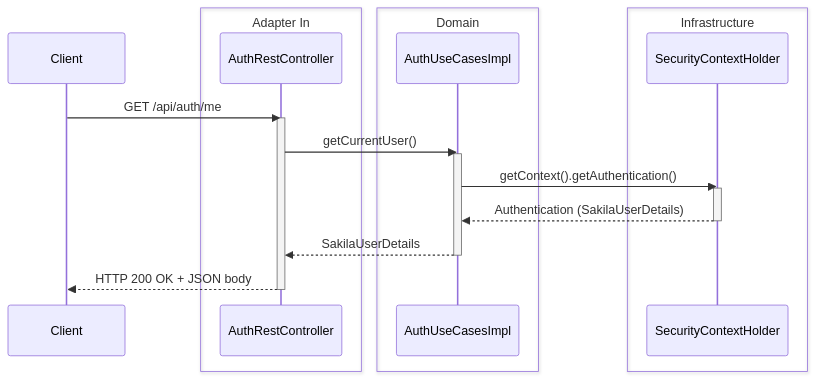
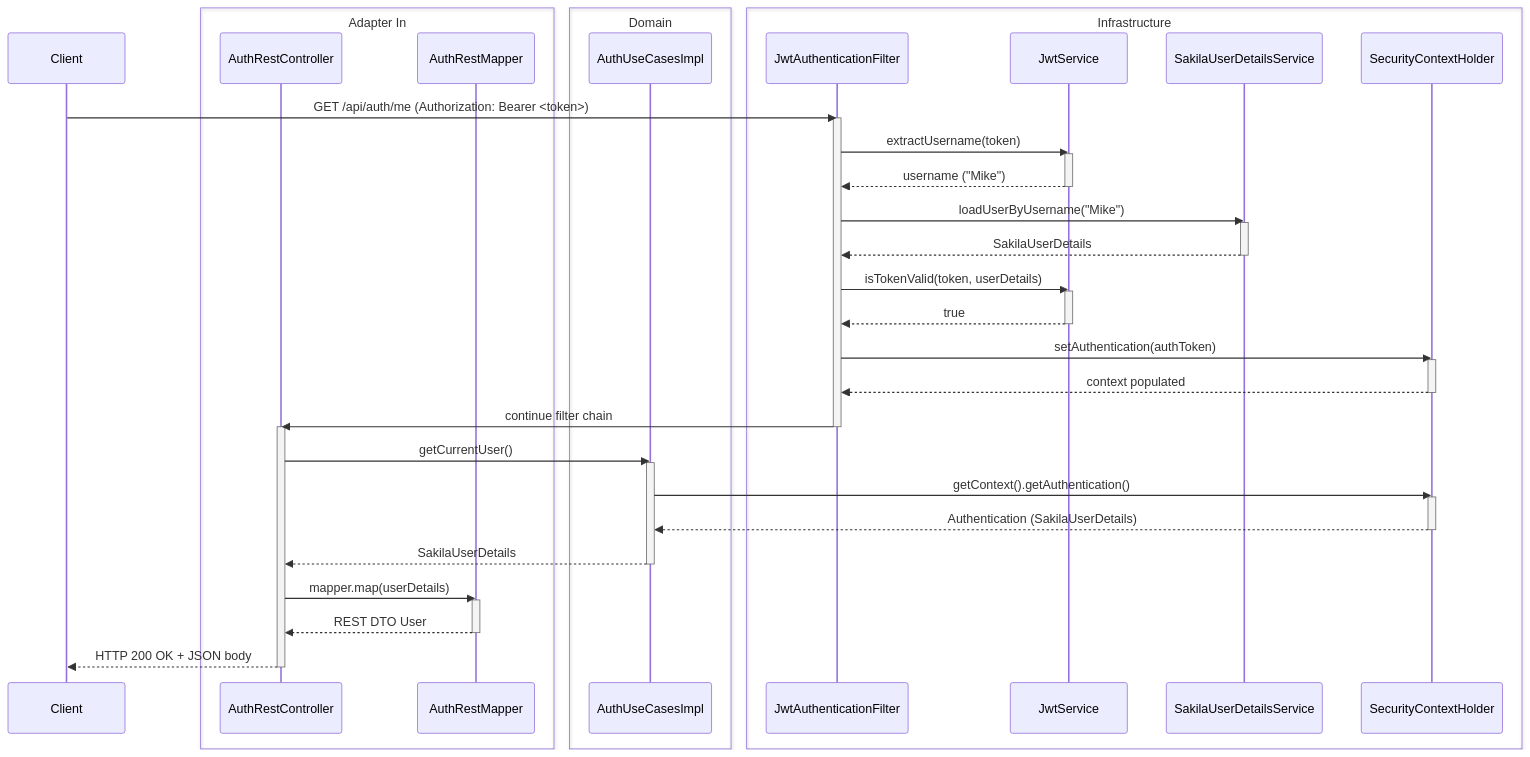
One commit to franBec/springboot-demo-projects changed the fourth of 6 diagrams in README.md. Above: the diagram before and after it, drawn with Mermaid. The commit also changed other lines of this file and 3 other files, not shown here.

Commit message:
chore: extract dependency version variables and update README auth documentation

````diff
--- a/README.md
+++ b/README.md
@@ -475,31 +486,65 @@
 ```mermaid
 sequenceDiagram
   participant Client
   box Adapter In
     participant AuthRestController
+    participant AuthRestMapper
   end
   box Domain
     participant AuthUseCasesImpl
   end
   box Infrastructure
+    participant JwtAuthenticationFilter
+    participant JwtService
+    participant SakilaUserDetailsService
     participant SecurityContextHolder
   end
 
-  Client->>AuthRestController: GET /api/auth/me
+  Client->>JwtAuthenticationFilter: GET /api/auth/me (Authorization: Bearer <token>)
+  activate JwtAuthenticationFilter
+
+  JwtAuthenticationFilter->>JwtService: extractUsername(token)
+  activate JwtService
+  JwtService-->>JwtAuthenticationFilter: username ("Mike")
+  deactivate JwtService
+
+  JwtAuthenticationFilter->>SakilaUserDetailsService: loadUserByUsername("Mike")
+  activate SakilaUserDetailsService
+  SakilaUserDetailsService-->>JwtAuthenticationFilter: SakilaUserDetails
+  deactivate SakilaUserDetailsService
+
+  JwtAuthenticationFilter->>JwtService: isTokenValid(token, userDetails)
+  activate JwtService
+  JwtService-->>JwtAuthenticationFilter: true
+  deactivate JwtService
+
+  JwtAuthenticationFilter->>SecurityContextHolder: setAuthentication(authToken)
+  activate SecurityContextHolder
+  SecurityContextHolder-->>JwtAuthenticationFilter: context populated
+  deactivate SecurityContextHolder
+
+  JwtAuthenticationFilter->>AuthRestController: continue filter chain
+  deactivate JwtAuthenticationFilter
+
   activate AuthRestController
 
   AuthRestController->>AuthUseCasesImpl: getCurrentUser()
   activate AuthUseCasesImpl
 
   AuthUseCasesImpl->>SecurityContextHolder: getContext().getAuthentication()
   activate SecurityContextHolder
 
   SecurityContextHolder-->>AuthUseCasesImpl: Authentication (SakilaUserDetails)
   deactivate SecurityContextHolder
 
   AuthUseCasesImpl-->>AuthRestController: SakilaUserDetails
   deactivate AuthUseCasesImpl
 
+  AuthRestController->>AuthRestMapper: mapper.map(userDetails)
+  activate AuthRestMapper
+  AuthRestMapper-->>AuthRestController: REST DTO User
+  deactivate AuthRestMapper
+
   AuthRestController-->>Client: HTTP 200 OK + JSON body
   deactivate AuthRestController
 ```
````
